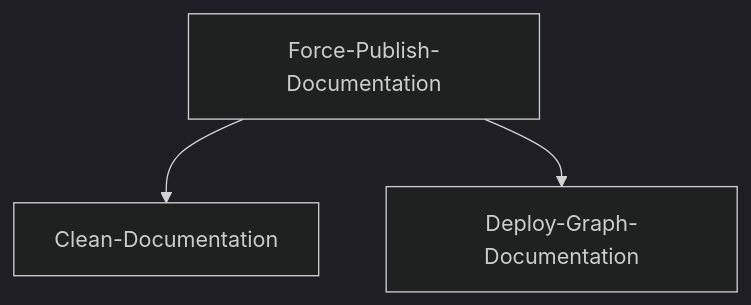
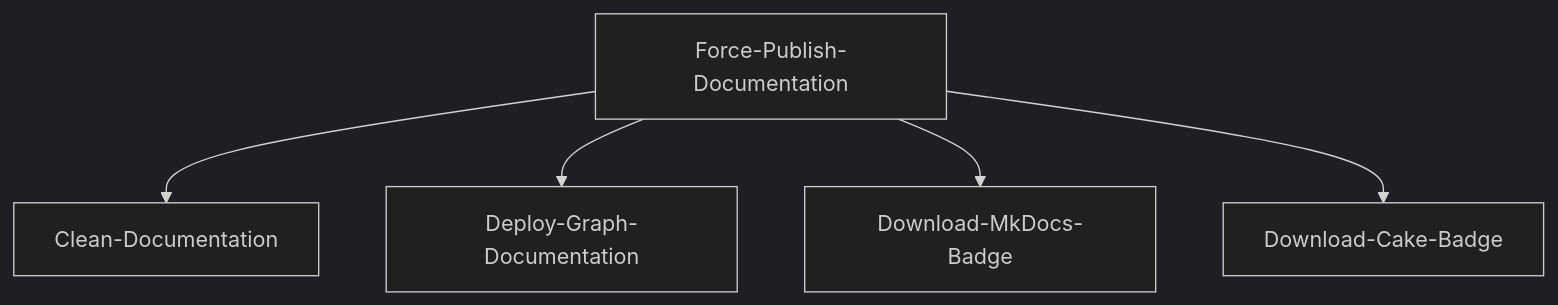
The diagram in docs/input/tasks/Force-Publish-Documentation.md (michalkowal/Cake.MkDocs), drawn with Mermaid (dark theme) before and after one commit. The commit also changed 24 other files, not shown here.

```diff
--- a/docs/input/tasks/Force-Publish-Documentation.md
+++ b/docs/input/tasks/Force-Publish-Documentation.md
@@ -1,5 +1,7 @@
 <div class="mermaid">
 graph TD;
 Force-Publish-Documentation-->Clean-Documentation;
 Force-Publish-Documentation-->Deploy-Graph-Documentation;
+Force-Publish-Documentation-->Download-MkDocs-Badge;
+Force-Publish-Documentation-->Download-Cake-Badge;
 </div>
```
